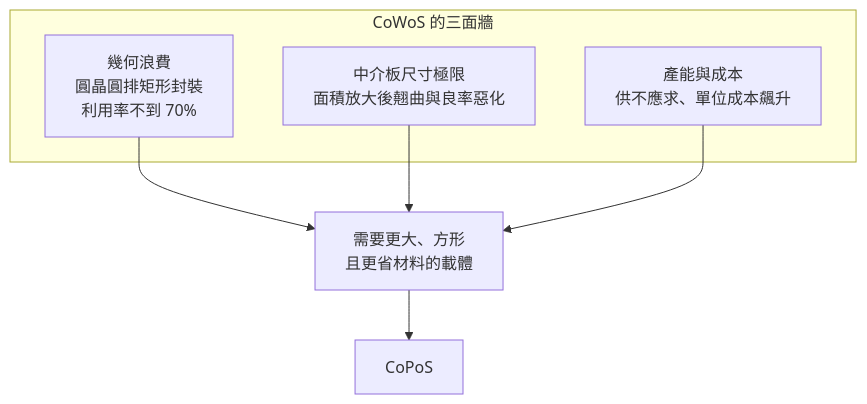
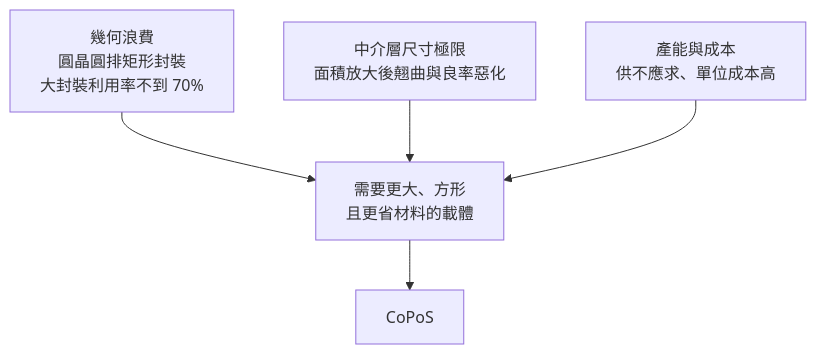
Before and after one commit to wizardhsiehcom/book: the diagram in docs/copos/03-cowos-recap.md, drawn with Mermaid. The commit also changed other lines of this file and 33 other files, not shown here.

````diff
--- a/docs/copos/03-cowos-recap.md
+++ b/docs/copos/03-cowos-recap.md
@@ -23,12 +48,8 @@
 ```mermaid
 flowchart TD
-    subgraph "CoWoS 的三面牆"
-        W1["幾何浪費<br/>圓晶圓排矩形封裝<br/>利用率不到 70%"]
-        W2["中介板尺寸極限<br/>面積放大後翹曲與良率惡化"]
-        W3["產能與成本<br/>供不應求、單位成本飆升"]
-    end
-    W1 --> R["需要更大、方形<br/>且更省材料的載體"]
-    W2 --> R
-    W3 --> R
+    W1["幾何浪費<br/>圓晶圓排矩形封裝<br/>大封裝利用率不到 70%"]
+    W2["中介層尺寸極限<br/>面積放大後翹曲與良率惡化"]
+    W3["產能與成本<br/>供不應求、單位成本高"]
+    W1 & W2 & W3 --> R["需要更大、方形<br/>且更省材料的載體"]
     R --> C["CoPoS"]
 ```
````
